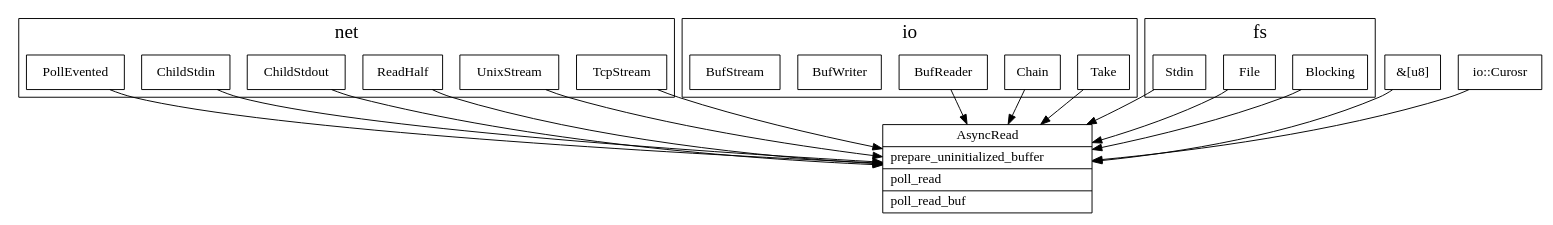
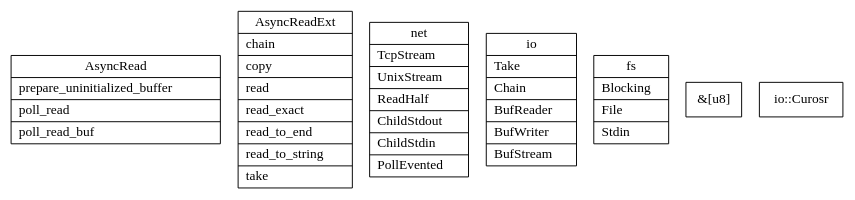
The diagram in src/tokio/async_read.dot (xieyu/blog), drawn with Graphviz before and after one commit. The commit also changed 3 other files, not shown here.

```diff
--- a/src/tokio/async_read.dot
+++ b/src/tokio/async_read.dot
@@ -1,49 +1,65 @@
 digraph async_read {
   node[shape=box];
   newrank=true;
   rankdir=TD;
 
-  AsyncRead[
-  shape="record";
+  AsyncRead[shape="record";
   label="{
     AsyncRead|
-    prepare_uninitialized_buffer\l|
-    poll_read\l|
-    poll_read_buf\l
-    }"
-  ];
+      prepare_uninitialized_buffer\l|
+      poll_read\l|
+      poll_read_buf\l
+  }";];
 
-  subgraph cluster_net {
-    graph[label="net";fontsize=20;]
-    TcpStream
-    UnixStream
-    ReadHalf;
-    ChildStdout;
-    ChildStdin;
-    PollEvented;
-  }
+  AsyncReadExt[shape="record";
+  label="{
+    AsyncReadExt|
+      chain\l|
+      copy\l|
+      read\l|
+      read_exact\l|
+      read_to_end\l|
+      read_to_string\l|
+      take\l
+  }";];
+  
+  net[shape="record";
+  label="{
+    net|
+      TcpStream\l|
+      UnixStream\l|
+      ReadHalf\l|
+      ChildStdout\l|
+      ChildStdin\l|
+      PollEvented\l
+  }";];
 
-  subgraph cluster_io {
-    graph[label="io";fontsize=20;]
-    Take;
-    Chain;
-    BufReader;
-    BufWriter;
-    BufStream;
-  }
+  io[shape="record";
+  label="{
+    io|
+      Take\l|
+      Chain\l|
+      BufReader\l|
+      BufWriter\l|
+      BufStream\l
+  }";]
 
-  subgraph cluster_fs {
-    graph[label="fs";fontsize=20;]
-    Blocking;
-    File;
-    Stdin;
-  }
+  fs[shape="record";
+    label="{
+      fs|
+        Blocking\l|
+        File\l|
+        Stdin\l
+    }";]
 
-  u8_array[label="&[u8]"]
-  io_cursor[label="io::Curosr"];
 
-  {Stdin, File, Blocking} ->AsyncRead;
-  {PollEvented, ChildStdin, ChildStdout, TcpStream, UnixStream, ReadHalf} -> AsyncRead;
-  {Take, Chain, BufReader} -> AsyncRead;
-  {io_cursor, u8_array} -> AsyncRead;
+u8_array[label="&[u8]"]
+io_cursor[label="io::Curosr"];
+
+//{io, fs,net} -> AsyncRead[label="impl"];
+
+//{Stdin, File, Blocking} ->AsyncRead;
+//{PollEvented, ChildStdin, ChildStdout, TcpStream, UnixStream, ReadHalf} -> AsyncRead;
+//{Take, Chain, BufReader} -> AsyncRead;
+//{io_cursor, u8_array} -> AsyncRead;
 }
```
